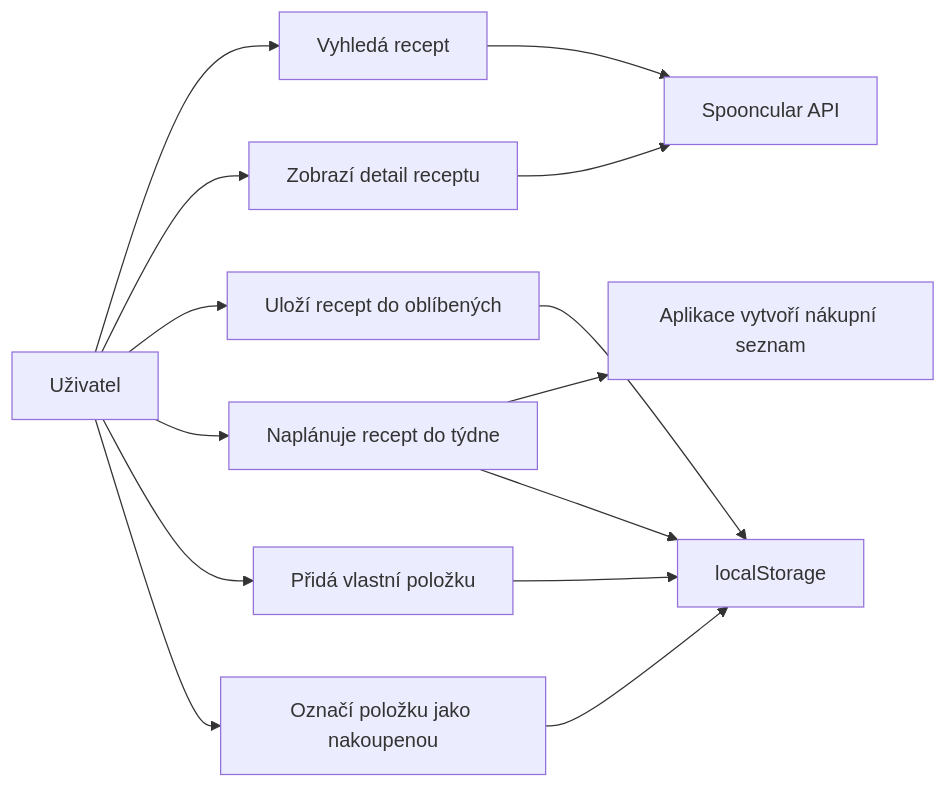
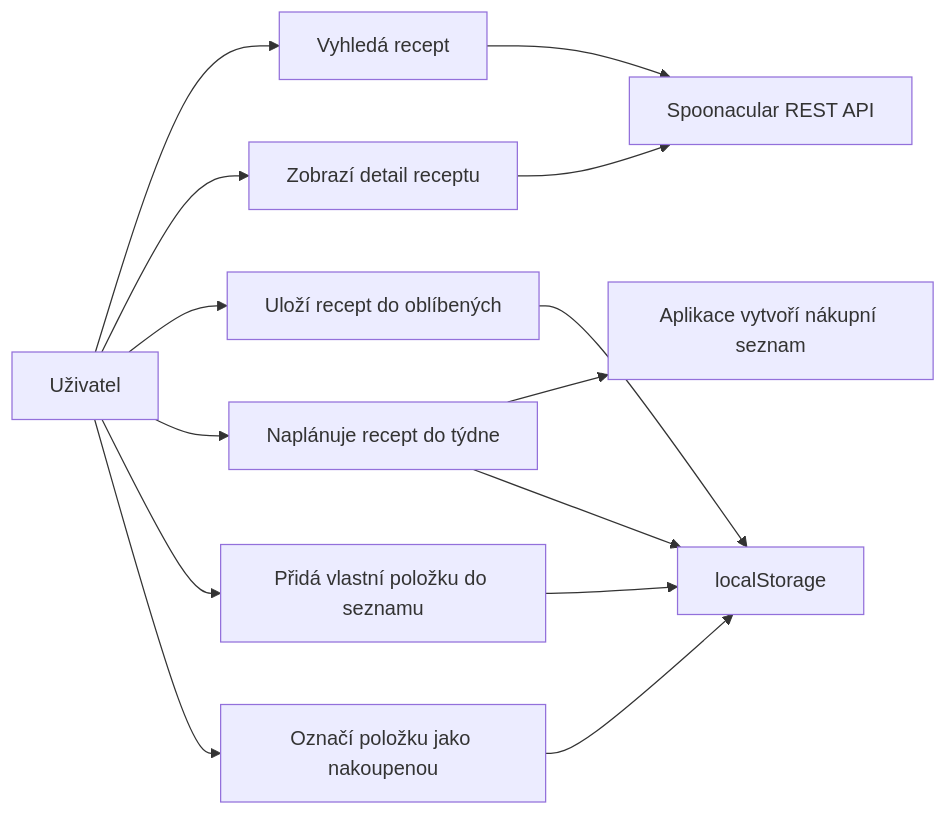
The diagram in README.md (Matej-Bart/JidloPlan), drawn with Mermaid before and after one commit. The commit also changed other lines of this file, not shown here.

````diff
--- a/README.md
+++ b/README.md
@@ -40,16 +84,16 @@
 ```mermaid
 flowchart LR
   U["Uživatel"] --> A["Vyhledá recept"]
   U --> B["Zobrazí detail receptu"]
   U --> C["Uloží recept do oblíbených"]
   U --> D["Naplánuje recept do týdne"]
   D --> E["Aplikace vytvoří nákupní seznam"]
-  U --> F["Přidá vlastní položku"]
+  U --> F["Přidá vlastní položku do seznamu"]
   U --> G["Označí položku jako nakoupenou"]
-  A --> API["Spooncular API"]
+  A --> API["Spoonacular REST API"]
   B --> API
   C --> LS["localStorage"]
   D --> LS
   F --> LS
   G --> LS
 ```
````
